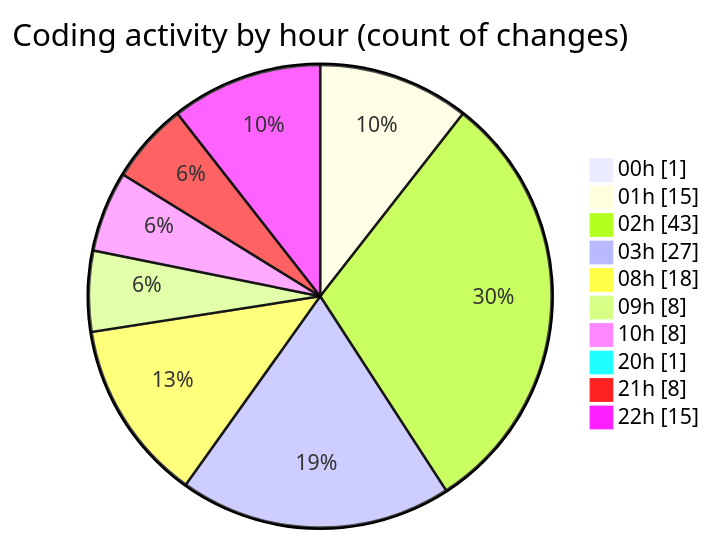
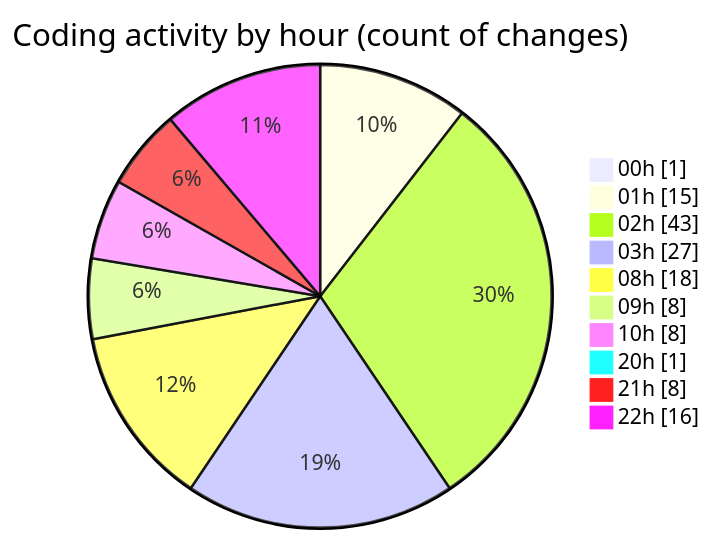
The second of 2 diagrams in 2025-05-01/niten/README.md (Elitesun/code-tracking), drawn with Mermaid before and after one commit. The commit also changed other lines of this file and 1 other file, not shown here.

````diff
--- a/2025-05-01/niten/README.md
+++ b/2025-05-01/niten/README.md
@@ -71,14 +71,14 @@
 ```mermaid
 pie showData
 title Coding activity by hour (count of changes)
 "00h" : 1
 "01h" : 15
 "02h" : 43
 "03h" : 27
 "08h" : 18
 "09h" : 8
 "10h" : 8
 "20h" : 1
 "21h" : 8
-"22h" : 15
+"22h" : 16
 ```
````
